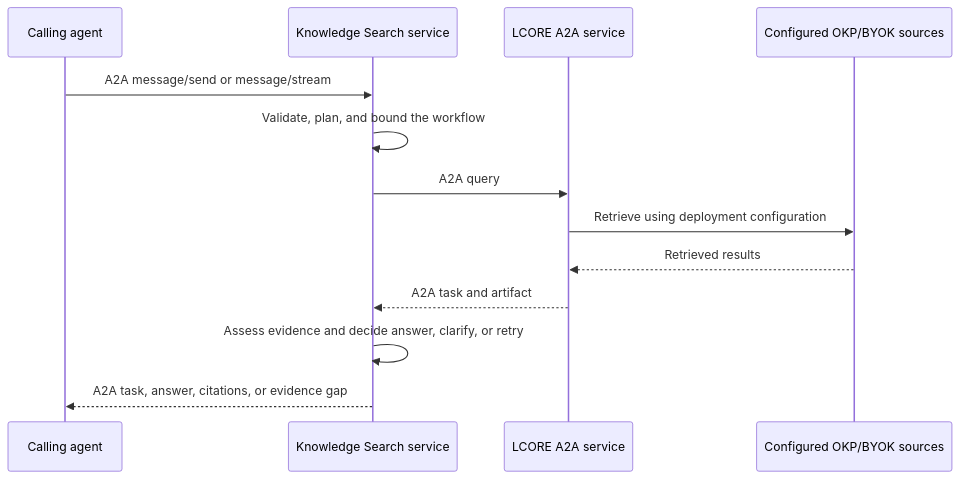
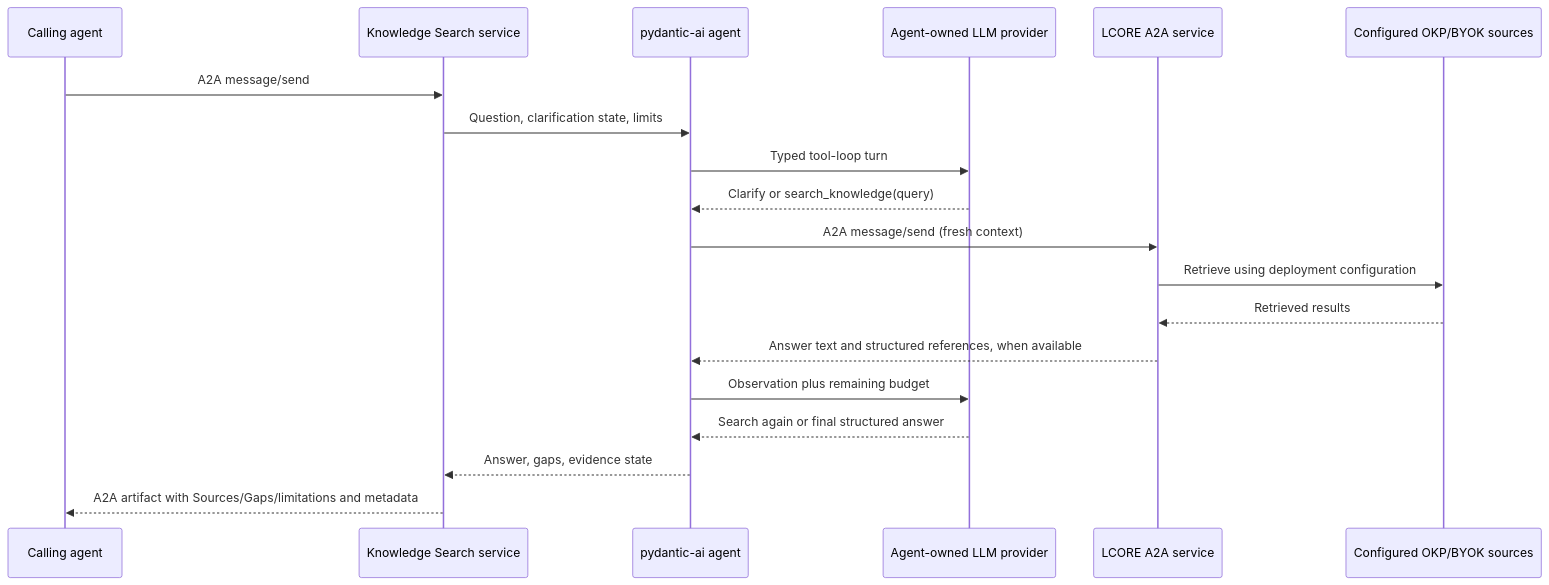
Before and after one commit to dmartinol/knowledge-agent: the diagram in docs/architecture.md, drawn with Mermaid. The commit also changed other lines of this file and 9 other files, not shown here.

Commit message:
Rebaseline architecture around agent-owned reasoning

```diff
--- a/docs/architecture.md
+++ b/docs/architecture.md
@@ -7,16 +17,22 @@
 ~~~mermaid
 sequenceDiagram
     participant Caller as Calling agent
     participant Search as Knowledge Search service
+    participant Agent as pydantic-ai agent
+    participant LLM as Agent-owned LLM provider
     participant LCORE as LCORE A2A service
     participant Sources as Configured OKP/BYOK sources
 
-    Caller->>Search: A2A message/send or message/stream
-    Search->>Search: Validate, plan, and bound the workflow
-    Search->>LCORE: A2A query
+    Caller->>Search: A2A message/send
+    Search->>Agent: Question, clarification state, limits
+    Agent->>LLM: Typed tool-loop turn
+    LLM-->>Agent: Clarify or search_knowledge(query)
+    Agent->>LCORE: A2A message/send (fresh context)
     LCORE->>Sources: Retrieve using deployment configuration
     Sources-->>LCORE: Retrieved results
-    LCORE-->>Search: A2A task and artifact
-    Search->>Search: Assess evidence and decide answer, clarify, or retry
-    Search-->>Caller: A2A task, answer, citations, or evidence gap
+    LCORE-->>Agent: Answer text and structured references, when available
+    Agent->>LLM: Observation plus remaining budget
+    LLM-->>Agent: Search again or final structured answer
+    Agent-->>Search: Answer, gaps, evidence state
+    Search-->>Caller: A2A artifact with Sources/Gaps/limitations and metadata
 ~~~
```
